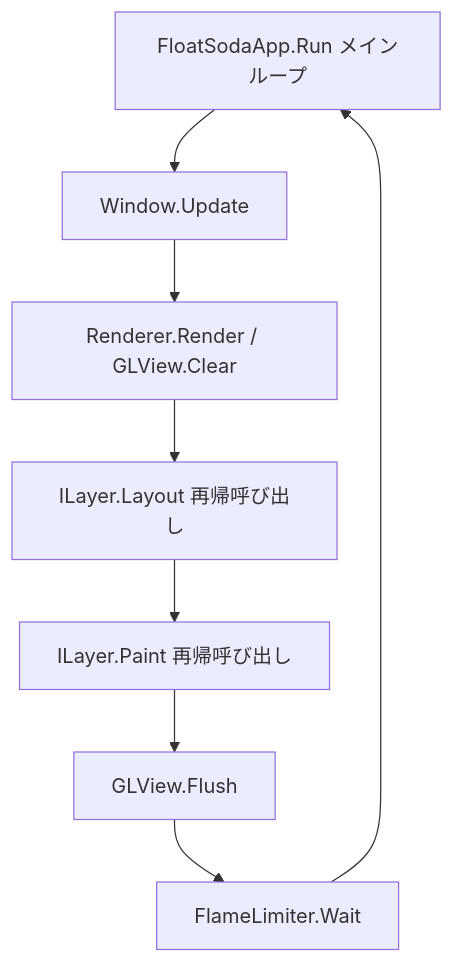
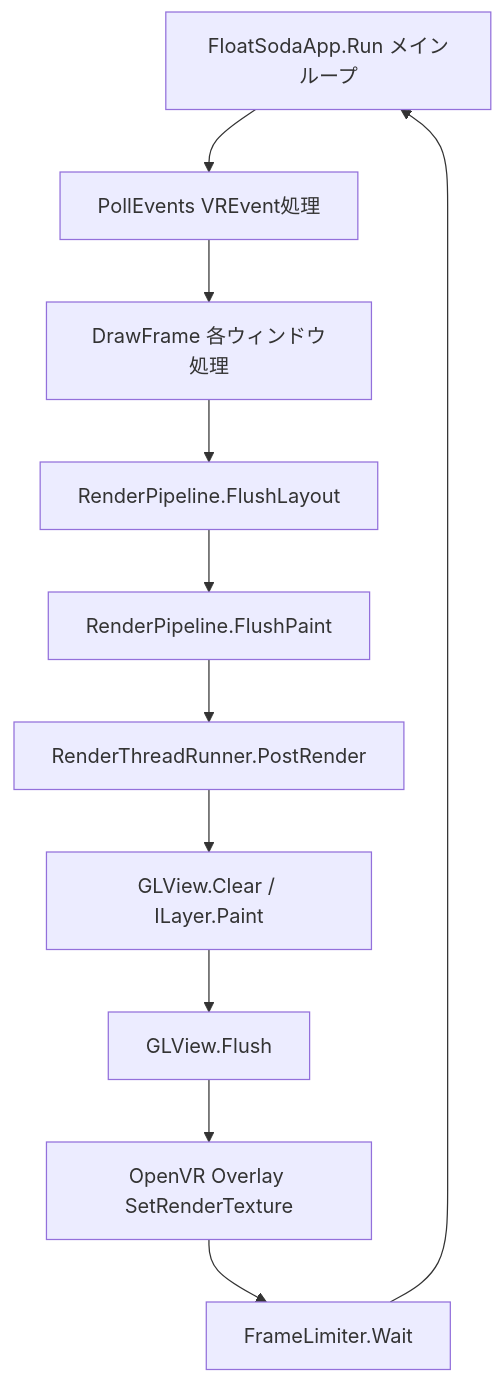
Before and after one commit to sumx21t-3310/FloatSoda: the diagram in Readme.md, drawn with Mermaid. The commit also changed other lines of this file, not shown here.

First line of the commit message:
docs: update README to reflect current RenderObject-based architecture

````diff
--- a/Readme.md
+++ b/Readme.md
@@ -40,11 +40,13 @@
-```mermaid  
-
+```mermaid
 graph TD
-    A[FloatSodaApp.Run メインループ] --> B[Window.Update]
-    B --> C[Renderer.Render / GLView.Clear]
-    C --> D[ILayer.Layout 再帰呼び出し]
-    D --> E[ILayer.Paint 再帰呼び出し]
-    E --> F[GLView.Flush]
-    F --> G[OpenVR Overlay SetRenderTexture]
-    G[FlameLimiter.Wait] --> A
+    A[FloatSodaApp.Run メインループ] --> B[PollEvents VREvent処理]
+    B --> C[DrawFrame 各ウィンドウ処理]
+    C --> D[RenderPipeline.FlushLayout]
+    D --> E[RenderPipeline.FlushPaint]
+    E --> F[RenderThreadRunner.PostRender]
+    F --> G[GLView.Clear / ILayer.Paint]
+    G --> H[GLView.Flush]
+    H --> I[OpenVR Overlay SetRenderTexture]
+    I --> J[FrameLimiter.Wait]
+    J --> A
 ```
````
